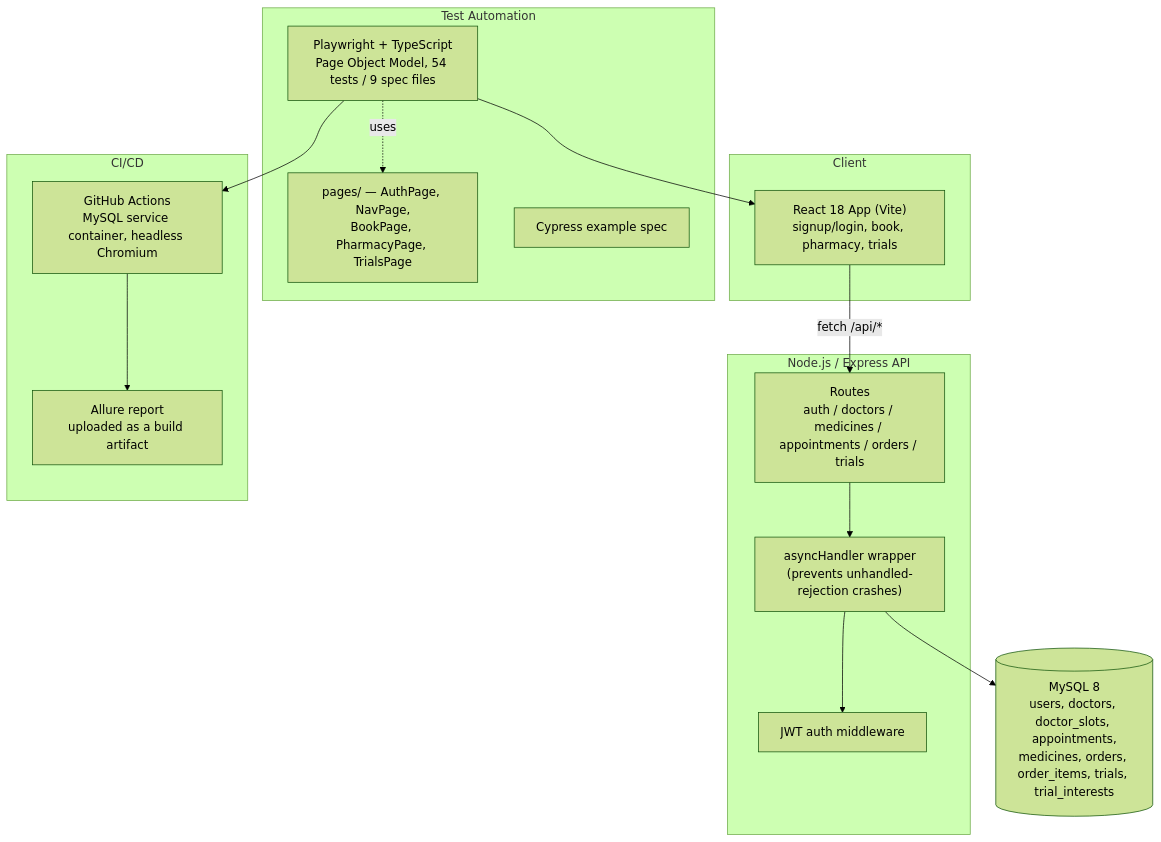
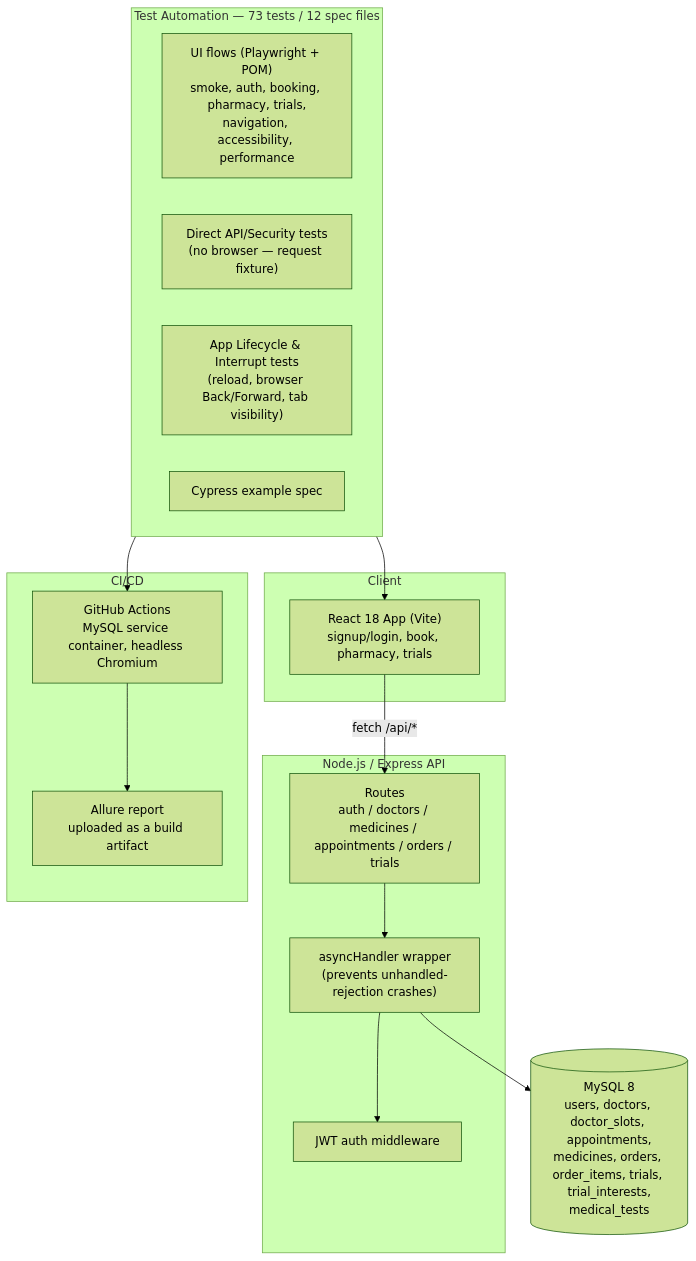
The diagram in README.md (REZAULKARIM2024/meridian-test-automation), drawn with Mermaid (forest theme) before and after one commit. The commit also changed other lines of this file, not shown here.

````diff
--- a/README.md
+++ b/README.md
@@ -67,35 +70,35 @@
 ```mermaid
 flowchart TB
     subgraph Client
         React["React 18 App (Vite)<br/>signup/login, book, pharmacy, trials"]
     end
 
     subgraph Backend["Node.js / Express API"]
         Routes["Routes<br/>auth / doctors / medicines / appointments / orders / trials"]
         AsyncHandler["asyncHandler wrapper<br/>(prevents unhandled-rejection crashes)"]
         Auth["JWT auth middleware"]
     end
 
-    DB[("MySQL 8<br/>users, doctors, doctor_slots, appointments,<br/>medicines, orders, order_items, trials, trial_interests")]
+    DB[("MySQL 8<br/>users, doctors, doctor_slots, appointments,<br/>medicines, orders, order_items, trials, trial_interests,<br/>medical_tests")]
 
     React -->|fetch /api/*| Routes
     Routes --> AsyncHandler
     AsyncHandler --> Auth
     AsyncHandler --> DB
 
-    subgraph Tests["Test Automation"]
-        Playwright["Playwright + TypeScript<br/>Page Object Model, 54 tests / 9 spec files"]
-        POM["pages/ — AuthPage, NavPage,<br/>BookPage, PharmacyPage, TrialsPage"]
+    subgraph Tests["Test Automation — 73 tests / 12 spec files"]
+        UI["UI flows (Playwright + POM)<br/>smoke, auth, booking, pharmacy, trials,<br/>navigation, accessibility, performance"]
+        API["Direct API/Security tests<br/>(no browser — request fixture)"]
+        Lifecycle["App Lifecycle & Interrupt tests<br/>(reload, browser Back/Forward, tab visibility)"]
         Cypress["Cypress example spec"]
     end
 
     subgraph Pipeline["CI/CD"]
         GHA["GitHub Actions<br/>MySQL service container, headless Chromium"]
         AllureReport["Allure report<br/>uploaded as a build artifact"]
     end
 
-    Playwright --> React
-    Playwright -.uses.-> POM
-    Playwright --> GHA
+    Tests --> React
+    Tests --> GHA
     GHA --> AllureReport
 ```
````
